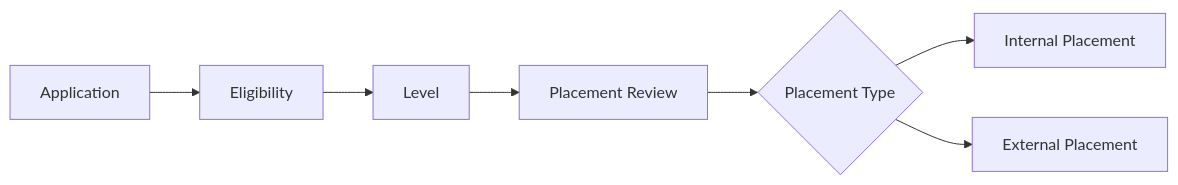
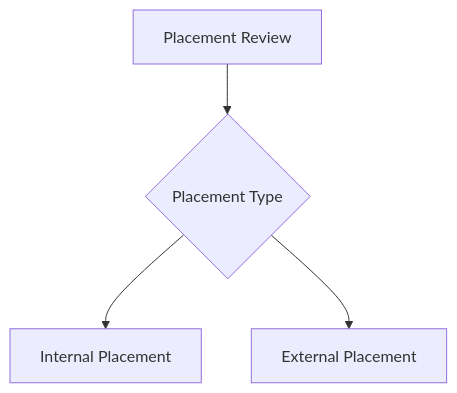
Before and after one commit to RIAHPathway/Website-Draft: the tenth of 17 diagrams in RIAH-PATHWAY-EXPERIENTIAL-STRUCTURE/EXPERIENTIAL-STRUCTURE.md, drawn with Mermaid. The commit also changed other lines of this file, not shown here.

Commit message:
Break experiential Mermaid processes into readable high-level flows

````diff
--- a/RIAH-PATHWAY-EXPERIENTIAL-STRUCTURE/EXPERIENTIAL-STRUCTURE.md
+++ b/RIAH-PATHWAY-EXPERIENTIAL-STRUCTURE/EXPERIENTIAL-STRUCTURE.md
@@ -278,6 +322,6 @@
 ```mermaid
-flowchart LR
-    A[Application] --> B[Eligibility] --> C[Level] --> D[Placement Review] --> E{Placement Type}
-    E --> F[Internal Placement]
-    E --> G[External Placement]
+flowchart TD
+    A[Placement Review] --> B{Placement Type}
+    B --> C[Internal Placement]
+    B --> D[External Placement]
 ```
````
